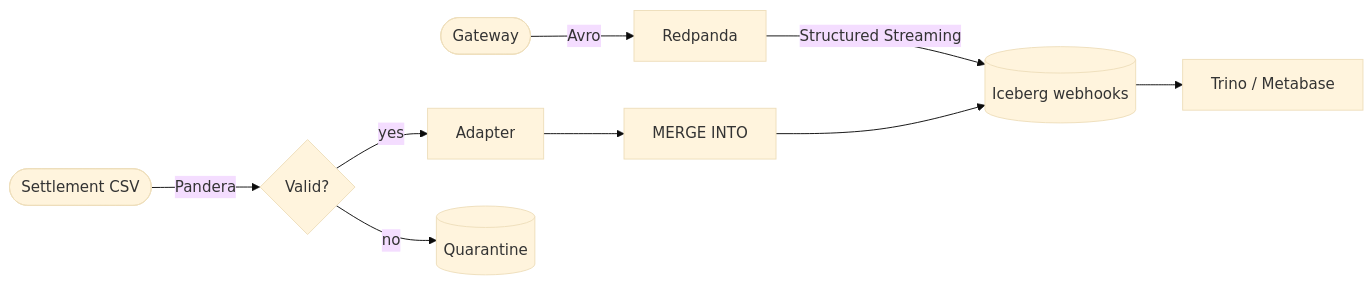
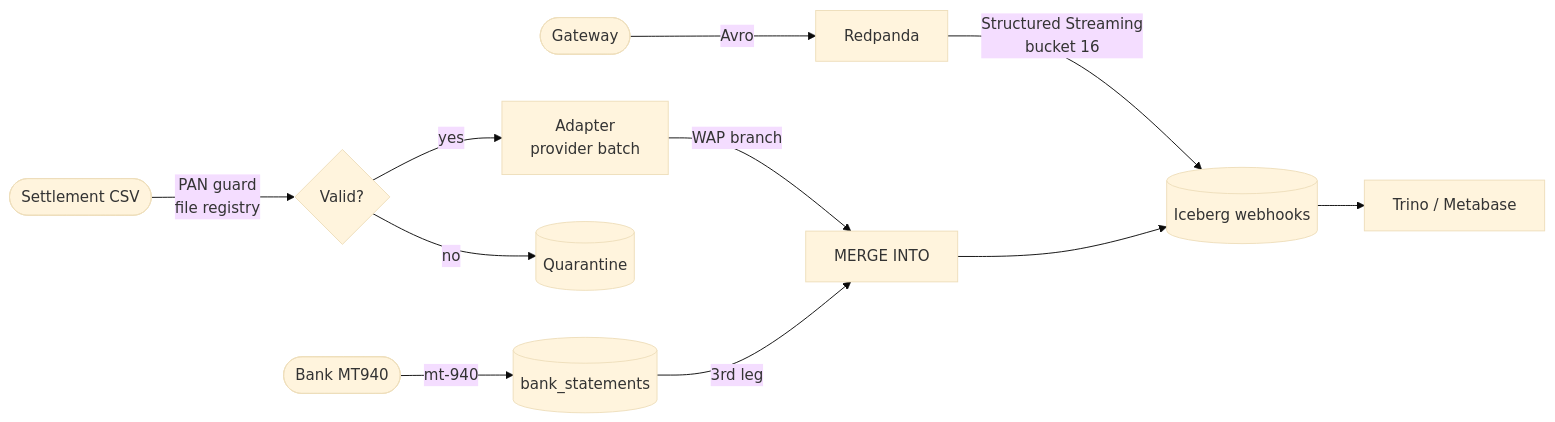
One commit to DhanushPillay/tx-recon changed the diagram in README.md. Above: the diagram before and after it, drawn with Mermaid (base theme). The commit also changed other lines of this file, not shown here.

First line of the commit message:
docs: refresh README to 3-way mermaid + bucket/WAP/bank leg + corrected numbers

````diff
--- a/README.md
+++ b/README.md
@@ -51,11 +51,13 @@
 ```mermaid
 flowchart LR
     W([Gateway]) -->|Avro| K[Redpanda]
-    K -->|Structured Streaming| I[(Iceberg webhooks)]
-    C([Settlement CSV]) -->|Pandera| V{Valid?}
-    V -->|yes| N[Adapter]
+    K -->|Structured Streaming<br/>bucket 16| I[(Iceberg webhooks)]
+    C([Settlement CSV]) -->|PAN guard<br/>file registry| V{Valid?}
+    V -->|yes| N[Adapter<br/>provider batch]
     V -->|no| Q[(Quarantine)]
-    N --> M[MERGE INTO]
+    N -->|WAP branch| M[MERGE INTO]
     M --> I
+    B([Bank MT940]) -->|mt-940| BK[(bank_statements)]
+    BK -->|3rd leg| M
     I --> T[Trino / Metabase]
 ```
````
